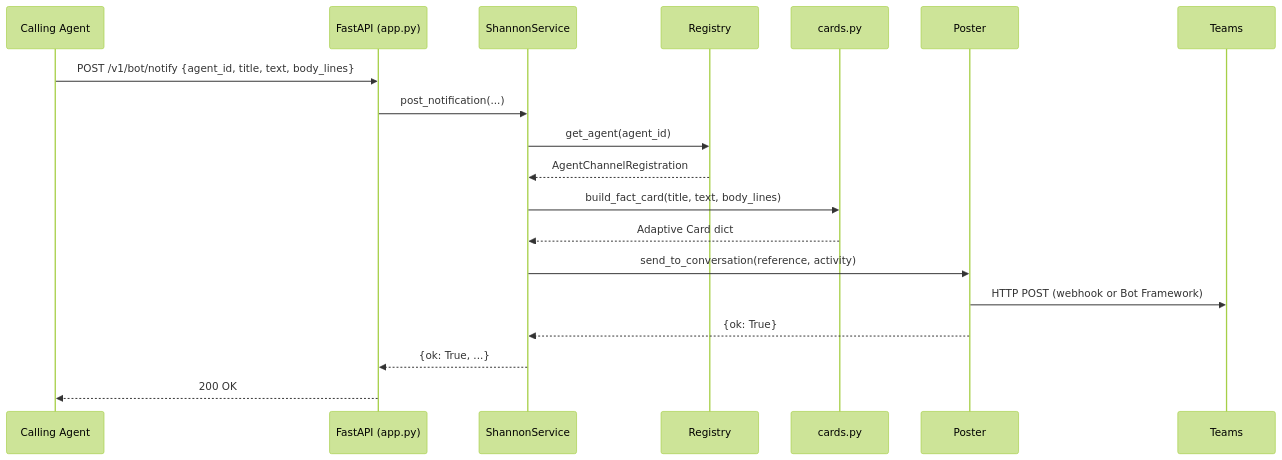
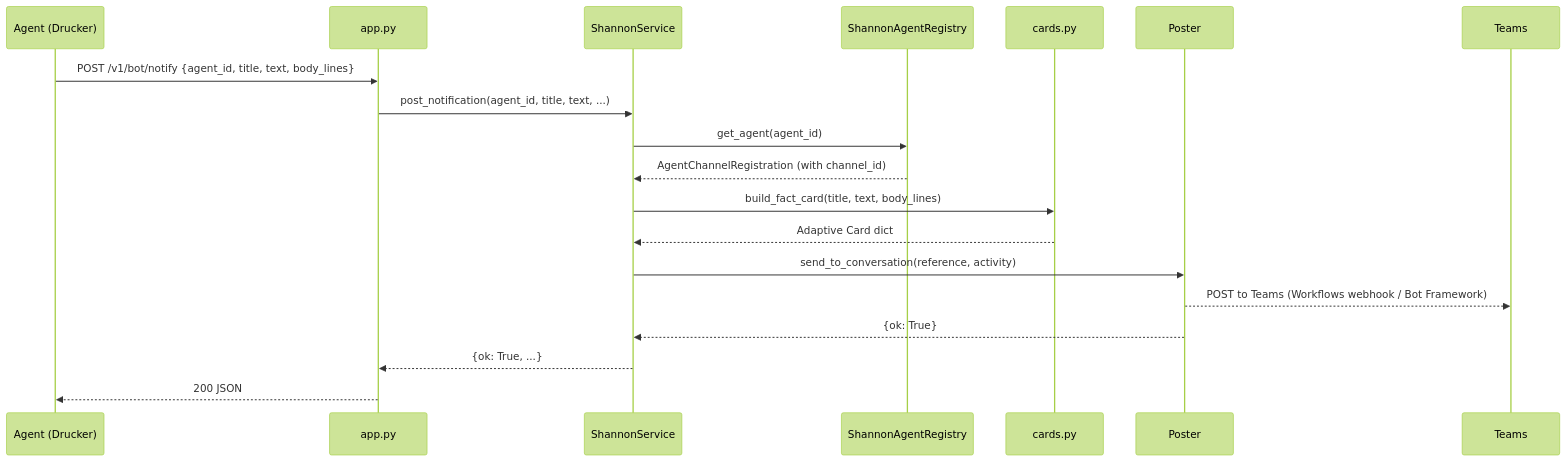
Before and after one commit to jmac-cornelis/agent-workforce: the fourth of 4 diagrams in docs/shannon.md, drawn with Mermaid (forest theme). The commit also changed other lines of this file and 7 other files, not shown here.

````diff
--- a/docs/shannon.md
+++ b/docs/shannon.md
@@ -130,22 +149,22 @@
 ```mermaid
 sequenceDiagram
-    participant Agent as Calling Agent
-    participant App as FastAPI (app.py)
-    participant Svc as ShannonService
-    participant Reg as Registry
-    participant Cards as cards.py
-    participant Poster as Poster
-    participant Teams
+    participant AG as Agent (Drucker)
+    participant A as app.py
+    participant S as ShannonService
+    participant R as ShannonAgentRegistry
+    participant C as cards.py
+    participant P as Poster
+    participant T as Teams
 
-    Agent->>App: POST /v1/bot/notify {agent_id, title, text, body_lines}
-    App->>Svc: post_notification(...)
-    Svc->>Reg: get_agent(agent_id)
-    Reg-->>Svc: AgentChannelRegistration
-    Svc->>Cards: build_fact_card(title, text, body_lines)
-    Cards-->>Svc: Adaptive Card dict
-    Svc->>Poster: send_to_conversation(reference, activity)
-    Poster->>Teams: HTTP POST (webhook or Bot Framework)
-    Poster-->>Svc: {ok: True}
-    Svc-->>App: {ok: True, ...}
-    App-->>Agent: 200 OK
+    AG->>A: POST /v1/bot/notify {agent_id, title, text, body_lines}
+    A->>S: post_notification(agent_id, title, text, ...)
+    S->>R: get_agent(agent_id)
+    R-->>S: AgentChannelRegistration (with channel_id)
+    S->>C: build_fact_card(title, text, body_lines)
+    C-->>S: Adaptive Card dict
+    S->>P: send_to_conversation(reference, activity)
+    P-->>T: POST to Teams (Workflows webhook / Bot Framework)
+    P-->>S: {ok: True}
+    S-->>A: {ok: True, ...}
+    A-->>AG: 200 JSON
 ```
````
